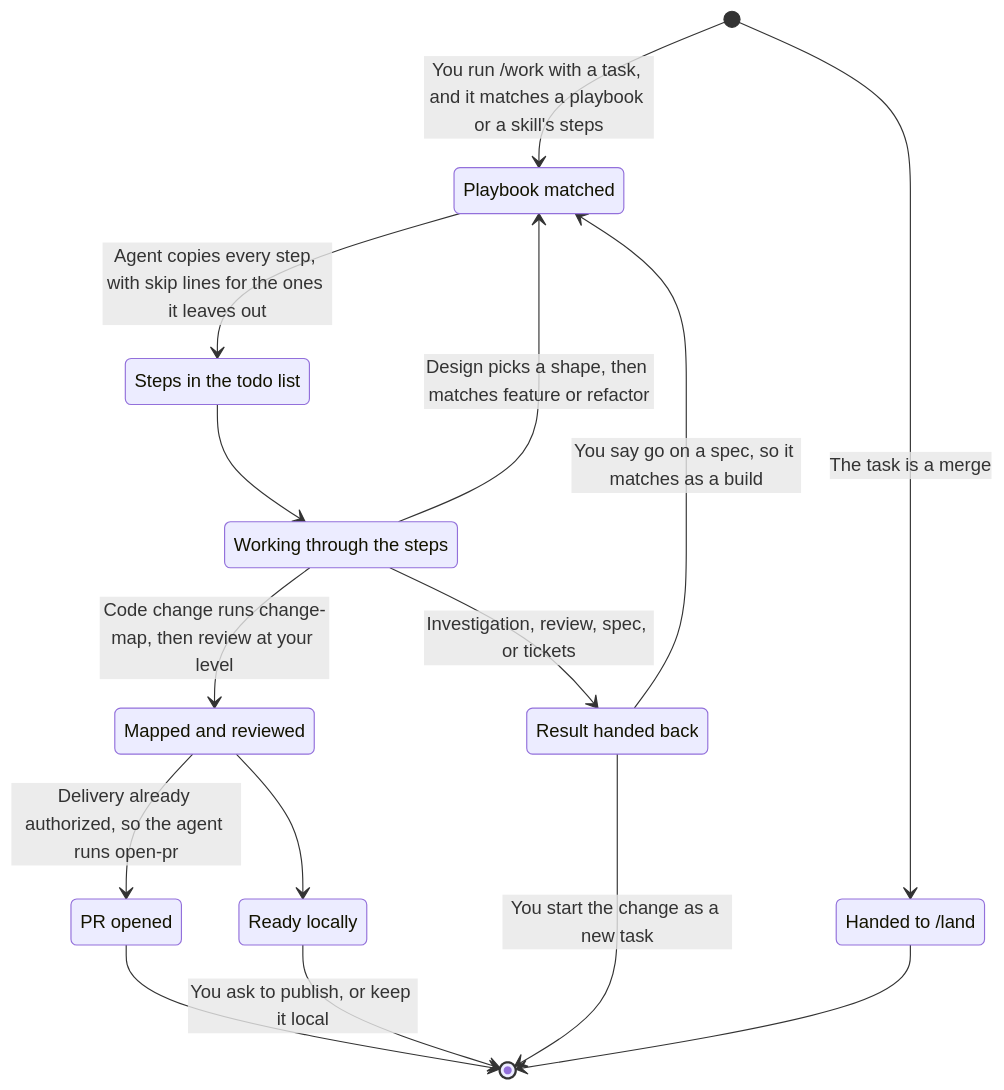
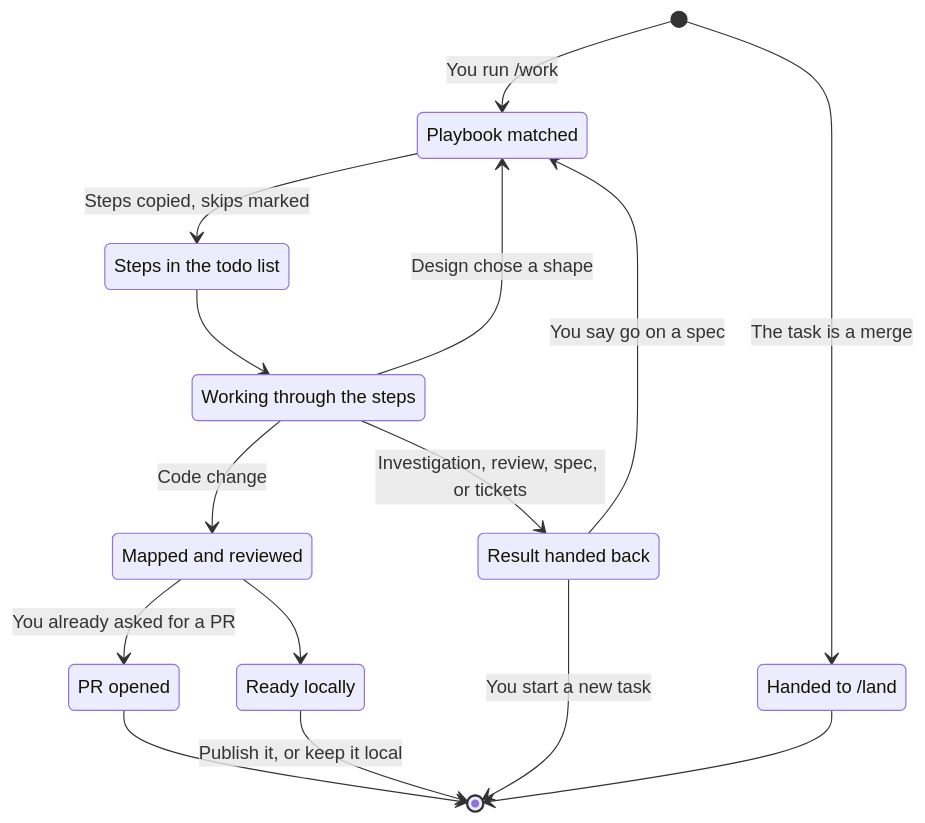
Before and after one commit to jvillegasd/harness: the first of 4 diagrams in docs/workflow.md, drawn with Mermaid. The commit also changed other lines of this file and 3 other files, not shown here.

First line of the commit message:
docs: shorten the Mermaid diagram labels (#182)

````diff
--- a/docs/workflow.md
+++ b/docs/workflow.md
@@ -100,26 +100,26 @@
 ```mermaid
 stateDiagram-v2
     state "Playbook matched" as Matched
     state "Steps in the todo list" as Steps
     state "Working through the steps" as Working
     state "Mapped and reviewed" as Reviewed
     state "Result handed back" as Answered
     state "PR opened" as Opened
     state "Ready locally" as Ready
     state "Handed to /land" as Routed
 
-    [*] --> Matched: You run /work with a task, and it matches a playbook or a skill's steps
+    [*] --> Matched: You run /work
     [*] --> Routed: The task is a merge
-    Matched --> Steps: Agent copies every step, with skip lines for the ones it leaves out
+    Matched --> Steps: Steps copied, skips marked
     Steps --> Working
-    Working --> Reviewed: Code change runs change-map, then review at your level
+    Working --> Reviewed: Code change
     Working --> Answered: Investigation, review, spec, or tickets
-    Working --> Matched: Design picks a shape, then matches feature or refactor
+    Working --> Matched: Design chose a shape
     Reviewed --> Ready
-    Reviewed --> Opened: Delivery already authorized, so the agent runs open-pr
+    Reviewed --> Opened: You already asked for a PR
     Opened --> [*]
-    Ready --> [*]: You ask to publish, or keep it local
-    Answered --> [*]: You start the change as a new task
-    Answered --> Matched: You say go on a spec, so it matches as a build
+    Ready --> [*]: Publish it, or keep it local
+    Answered --> [*]: You start a new task
+    Answered --> Matched: You say go on a spec
     Routed --> [*]
 ```
````
